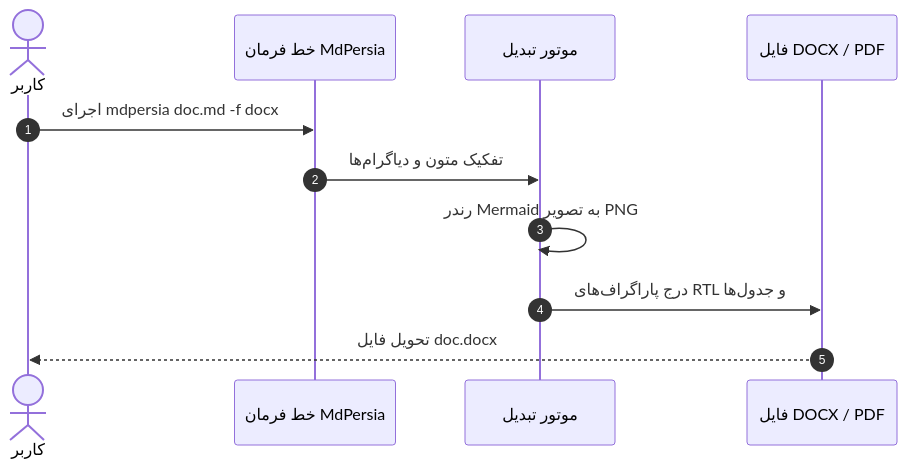
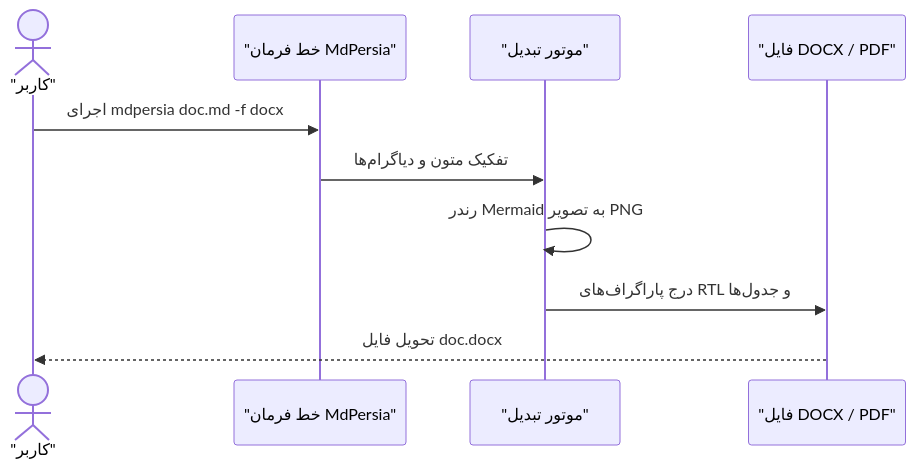
Before and after one commit to hamid-morsali-786/MdPersia: the second of 5 diagrams in README.md, drawn with Mermaid. The commit also changed 1 other file, not shown here.

Commit message:
fix(docs): resolve GitHub Mermaid sequence diagram render error by removing autonumber and quoting aliases

````diff
--- a/README.md
+++ b/README.md
@@ -179,14 +179,12 @@
 ```mermaid
 sequenceDiagram
-    autonumber
-    actor User as کاربر
-    participant CLI as خط فرمان MdPersia
-    participant Engine as موتور تبدیل
-    participant Output as فایل DOCX / PDF
-
+    actor User as "کاربر"
+    participant CLI as "خط فرمان MdPersia"
+    participant Engine as "موتور تبدیل"
+    participant Output as "فایل DOCX / PDF"
     User->>CLI: اجرای mdpersia doc.md -f docx
     CLI->>Engine: تفکیک متون و دیاگرام‌ها
     Engine->>Engine: رندر Mermaid به تصویر PNG
     Engine->>Output: درج پاراگراف‌های RTL و جدول‌ها
     Output-->>User: تحویل فایل doc.docx
 ```
````
